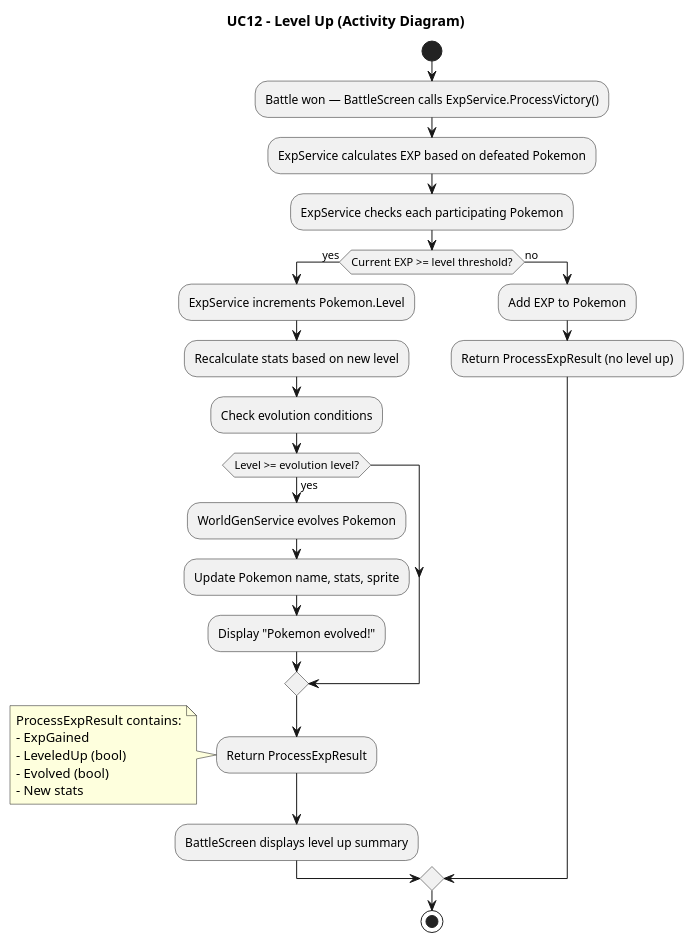
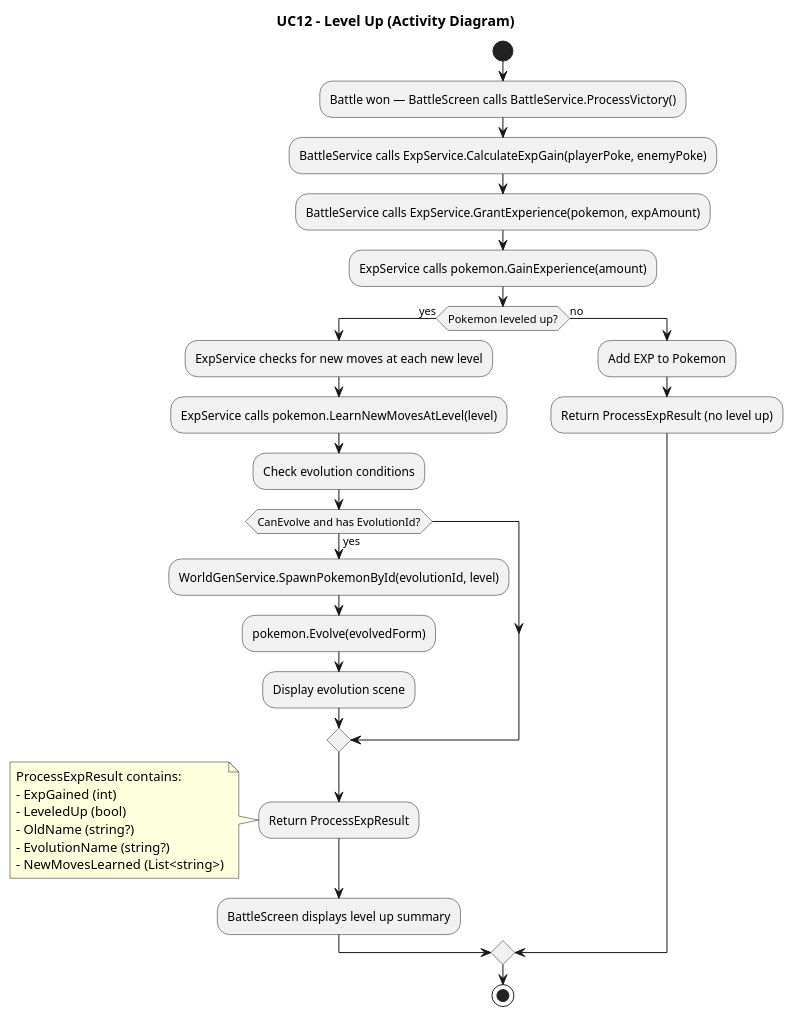
Before and after one commit to devKasumi/PokemonConsole: the diagram in TurnBasedPokemon/Diagram/ActivityDiagram/Detailed_UC12_LevelUp_Activity.plantuml, drawn with PlantUML. The commit also changed 72 other files, not shown here.

```diff
--- a/TurnBasedPokemon/Diagram/ActivityDiagram/Detailed_UC12_LevelUp_Activity.plantuml
+++ b/TurnBasedPokemon/Diagram/ActivityDiagram/Detailed_UC12_LevelUp_Activity.plantuml
@@ -1,36 +1,38 @@
 @startuml UC12_LevelUp_Activity
 title UC12 - Level Up (Activity Diagram)
 start
-:Battle won — BattleScreen calls ExpService.ProcessVictory();
-:ExpService calculates EXP based on defeated Pokemon;
+:Battle won — BattleScreen calls BattleService.ProcessVictory();
+:BattleService calls ExpService.CalculateExpGain(playerPoke, enemyPoke);
+:BattleService calls ExpService.GrantExperience(pokemon, expAmount);
 
-:ExpService checks each participating Pokemon;
-if (Current EXP >= level threshold?) then (yes)
-  :ExpService increments Pokemon.Level;
-  :Recalculate stats based on new level;
+:ExpService calls pokemon.GainExperience(amount);
+if (Pokemon leveled up?) then (yes)
+  :ExpService checks for new moves at each new level;
+  :ExpService calls pokemon.LearnNewMovesAtLevel(level);
   
   :Check evolution conditions;
-  if (Level >= evolution level?) then (yes)
-    :WorldGenService evolves Pokemon;
-    :Update Pokemon name, stats, sprite;
-    :Display "Pokemon evolved!";
+  if (CanEvolve and has EvolutionId?) then (yes)
+    :WorldGenService.SpawnPokemonById(evolutionId, level);
+    :pokemon.Evolve(evolvedForm);
+    :Display evolution scene;
   endif
   
   :Return ProcessExpResult;
   note
     ProcessExpResult contains:
-    - ExpGained
+    - ExpGained (int)
     - LeveledUp (bool)
-    - Evolved (bool)
-    - New stats
+    - OldName (string?)
+    - EvolutionName (string?)
+    - NewMovesLearned (List<string>)
   end note
   
   :BattleScreen displays level up summary;
   
 else (no)
   :Add EXP to Pokemon;
   :Return ProcessExpResult (no level up);
 endif
 
 stop
 @enduml
```
